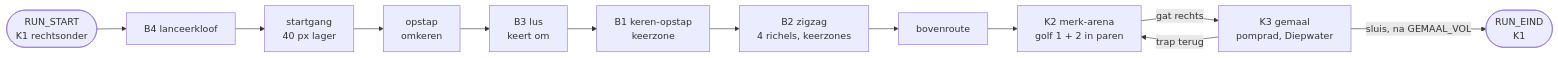
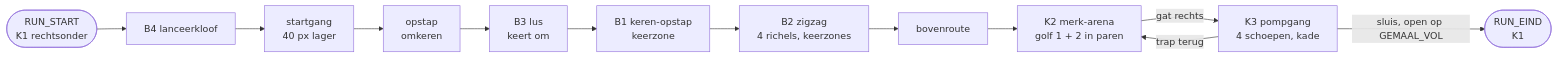
One commit to cesarvangerwen-glitch/echoborn changed the diagram in docs/design/kamers/flowkamer.md. Above: the diagram before and after it, drawn with Mermaid. The commit also changed other lines of this file and 12 other files, not shown here.

First line of the commit message:
[World & Level Designer] Flow-kamer na F0, deel 2: pompgang K3, bots, wachtbot (#176) (#181)

````diff
--- a/docs/design/kamers/flowkamer.md
+++ b/docs/design/kamers/flowkamer.md
@@ -21,8 +25,8 @@
 ```mermaid
 flowchart LR
     S([RUN_START<br/>K1 rechtsonder]) --> B4[B4 lanceerkloof] --> G[startgang<br/>40 px lager] --> O[opstap<br/>omkeren] --> B3[B3 lus<br/>keert om] --> B1[B1 keren-opstap<br/>keerzone] --> B2[B2 zigzag<br/>4 richels, keerzones] --> T[bovenroute]
     T --> K2[K2 merk-arena<br/>golf 1 + 2 in paren]
-    K2 -- gat rechts --> K3[K3 gemaal<br/>pomprad, Diepwater]
+    K2 -- gat rechts --> K3[K3 pompgang<br/>4 schoepen, kade]
     K3 -- trap terug --> K2
-    K3 -- sluis, na GEMAAL_VOL --> E([RUN_EIND<br/>K1])
+    K3 -- sluis, open op GEMAAL_VOL --> E([RUN_EIND<br/>K1])
 ```
````
